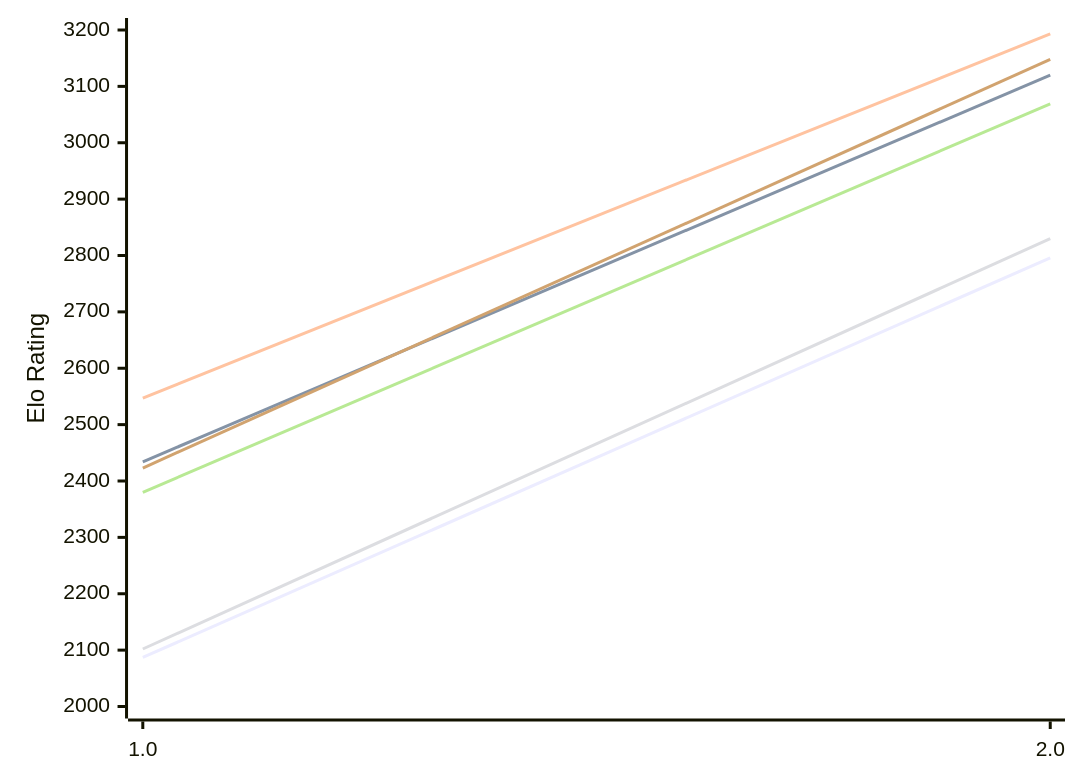
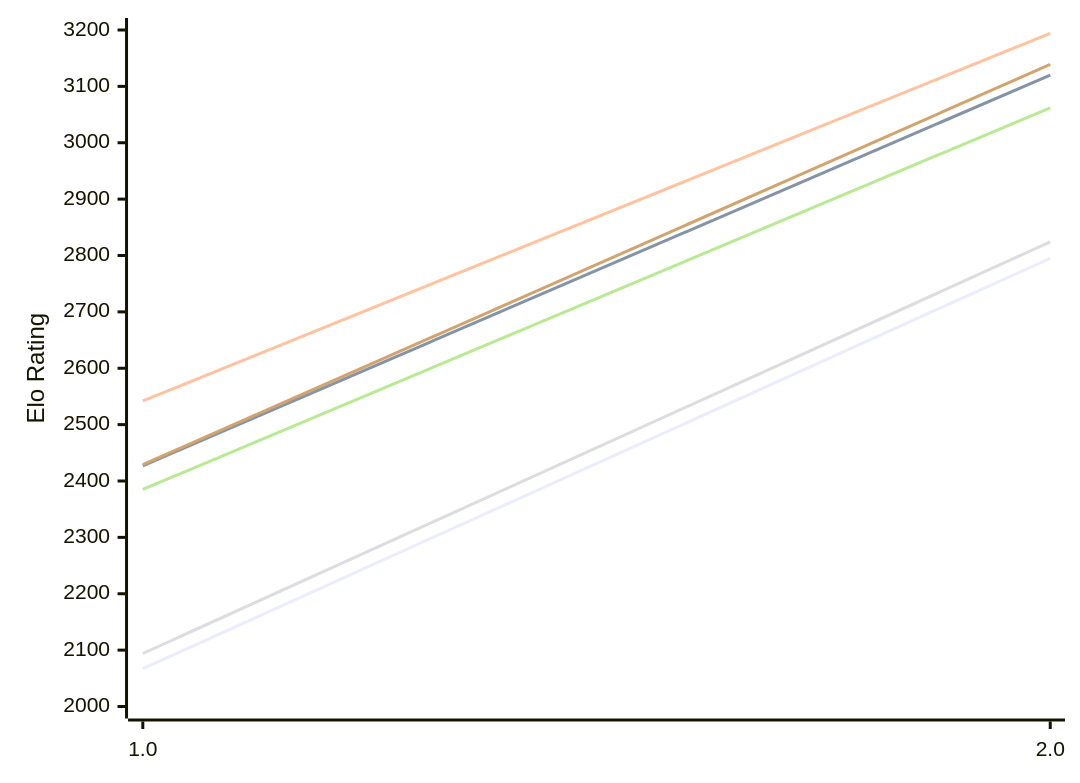
Before and after one commit to computer-chess-index/cci: the diagram in engines/Scarlet.md, drawn with Mermaid. The commit also changed other lines of this file, not shown here.

Commit message:
Update CCI Ratings (ELO VLTC) - 2026-11-15

````diff
--- a/engines/Scarlet.md
+++ b/engines/Scarlet.md
@@ -49,12 +49,12 @@
 ```mermaid
 %%{init: {"theme":"base","themeVariables":{"seriesColors:['#a3a3a3','#222221','#faa371']}}}%%
 xychart-beta
   x-axis ["1.0", "2.0"]
   y-axis "Elo Rating" 2000 --> 3200
-  line "E1: STC (8.0+0.08s)" [2087, 2796]
-  line "E1: LTC (60.0+0.60s)" [2434, 3120]
-  line "E1: VLTC (2m24s+1.12s)" [2547, 3193]
-  line "P1: STC (8.0+0.08s)" [2102, 2830]
-  line "P1: LTC (60.0+0.60s)" [2380, 3069]
-  line "P1: VLTC (2m24s+1.12s)" [2423, 3148]
+  line "E1: STC (8.0+0.08s)" [2067, 2795]
+  line "E1: LTC (60.0+0.60s)" [2427, 3120]
+  line "E1: VLTC (2m24s+1.12s)" [2542, 3194]
+  line "P1: STC (8.0+0.08s)" [2094, 2824]
+  line "P1: LTC (60.0+0.60s)" [2385, 3062]
+  line "P1: VLTC (2m24s+1.12s)" [2429, 3139]
 ```
````
